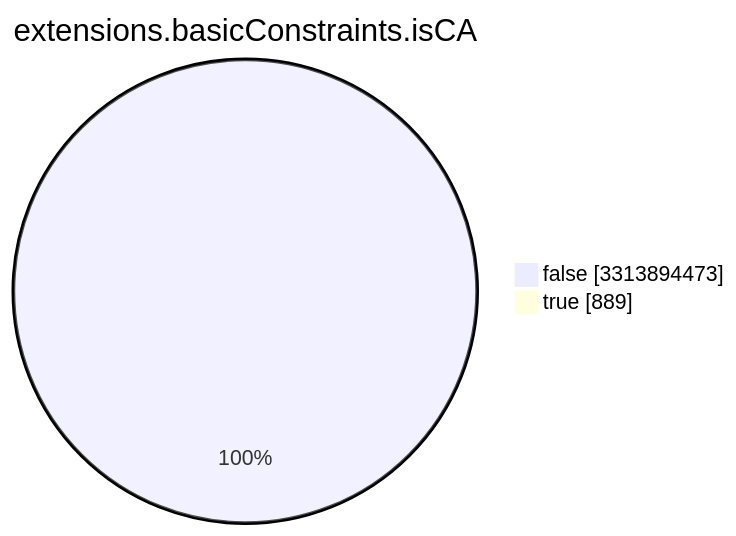
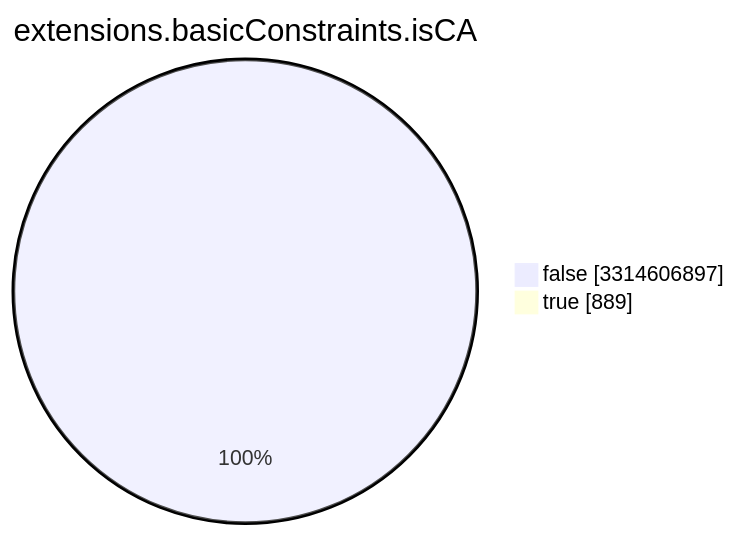
One commit to christiankrug/ctmonitor_visualization changed the seventh of 15 diagrams in TOTAL/README.md. Above: the diagram before and after it, drawn with Mermaid. The commit also changed other lines of this file, not shown here.

````diff
--- a/TOTAL/README.md
+++ b/TOTAL/README.md
@@ -3089,6 +3089,6 @@
 ```mermaid
 pie showData
 title extensions.basicConstraints.isCA
-"false" :3313894473
+"false" :3314606897
 "true" :889
 ```
````
